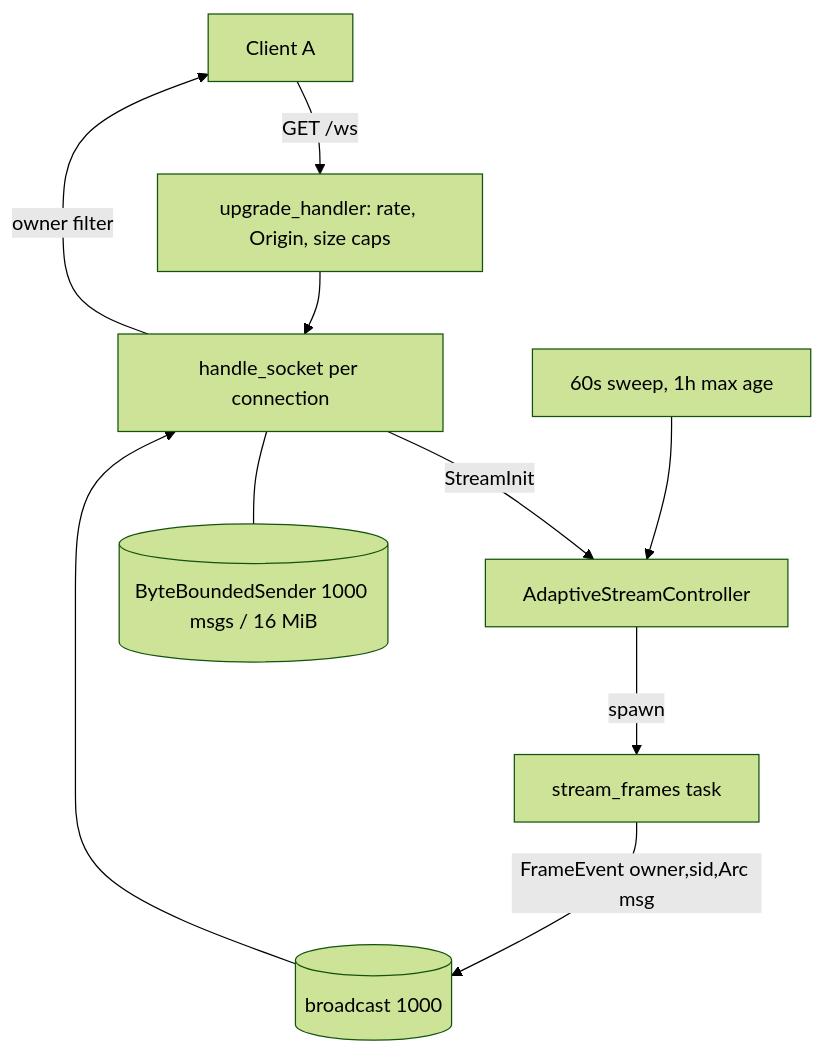
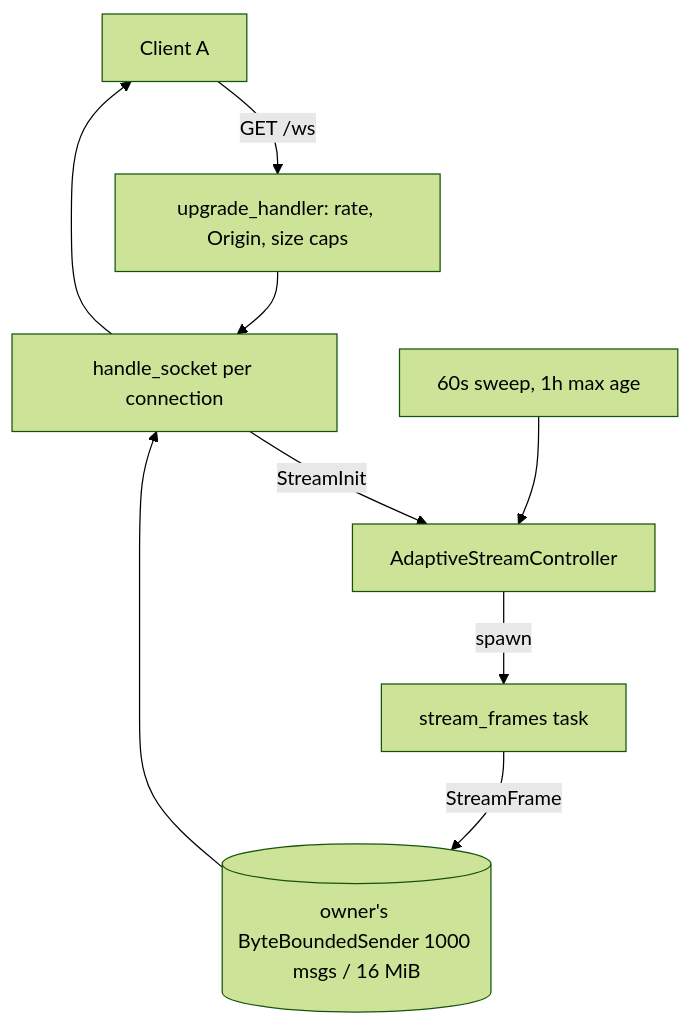
Before and after one commit to bug-ops/pjs: the diagram in specs/websocket/066-websocket-server-transport/plan.md, drawn with Mermaid (forest theme). The commit also changed other lines of this file and 131 other files, not shown here.

````diff
--- a/specs/websocket/066-websocket-server-transport/plan.md
+++ b/specs/websocket/066-websocket-server-transport/plan.md
@@ -23,12 +23,11 @@
 ```mermaid
 flowchart TB
   C1[Client A] -->|GET /ws| UH[upgrade_handler: rate, Origin, size caps]
   UH --> HS[handle_socket per connection]
   HS -->|StreamInit| CTRL[AdaptiveStreamController]
   CTRL -->|spawn| TASK[stream_frames task]
-  TASK -->|FrameEvent owner,sid,Arc msg| BC[(broadcast 1000)]
-  BC --> HS
-  HS -->|owner filter| C1
-  HS --- OUT[(ByteBoundedSender 1000 msgs / 16 MiB)]
+  TASK -->|StreamFrame| OUT[(owner's ByteBoundedSender 1000 msgs / 16 MiB)]
+  OUT --> HS
+  HS --> C1
   SWEEP[60s sweep, 1h max age] --> CTRL
 ```
````
